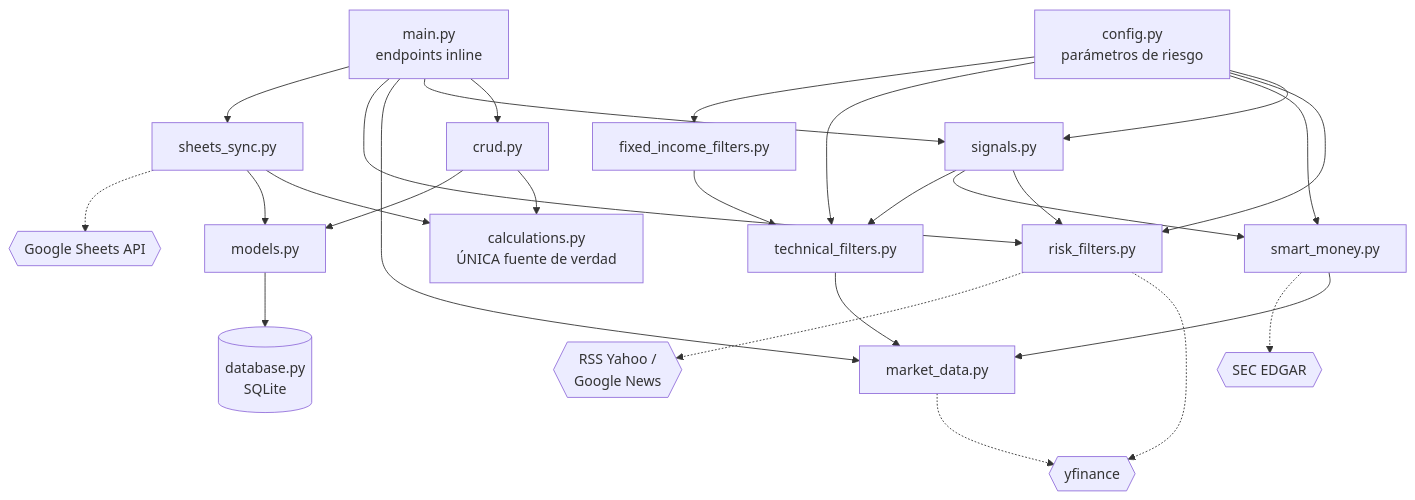
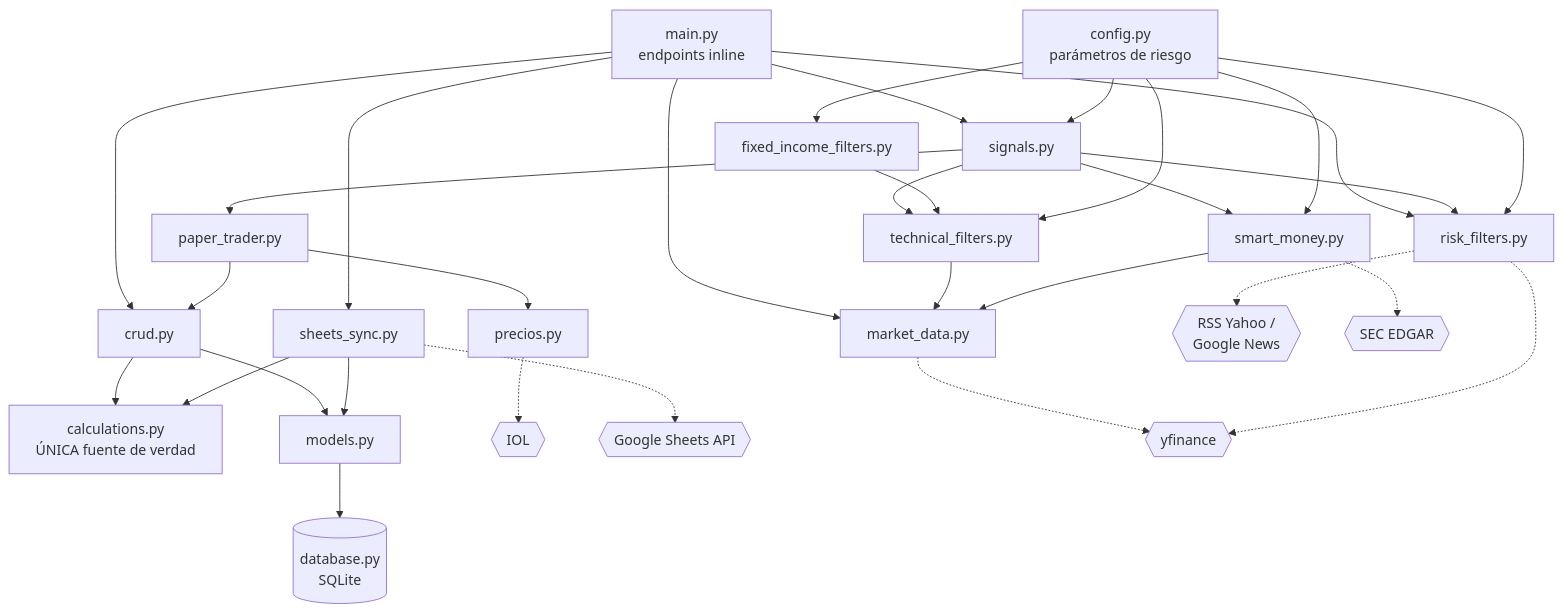
Before and after one commit to ulisao/simuladorinversiones: the first of 2 diagrams in CLAUDE.md, drawn with Mermaid. The commit also changed other lines of this file and 11 other files, not shown here.

````diff
--- a/CLAUDE.md
+++ b/CLAUDE.md
@@ -53,34 +55,38 @@
 ```mermaid
 flowchart TD
     MAIN[main.py<br/>endpoints inline] --> CRUD[crud.py]
     MAIN --> SIG[signals.py]
     MAIN --> MD[market_data.py]
     MAIN --> RF[risk_filters.py]
     MAIN --> SH[sheets_sync.py]
 
     CRUD --> CALC[calculations.py<br/>ÚNICA fuente de verdad]
     CRUD --> MODELS[models.py]
     MODELS --> DB[(database.py<br/>SQLite)]
 
     SIG --> RF
     SIG --> SM[smart_money.py]
     SIG --> TF[technical_filters.py]
+    SIG --> PT[paper_trader.py]
+    PT --> PRE[precios.py]
+    PT --> CRUD
+    PRE -.-> IOL{{IOL}}
 
     TF --> MD
     SM --> MD
     FIF[fixed_income_filters.py] --> TF
 
     CFG[config.py<br/>parámetros de riesgo] --> SIG
     CFG --> RF
     CFG --> SM
     CFG --> TF
     CFG --> FIF
 
     SH --> CALC
     SH --> MODELS
     SH -.-> GS{{Google Sheets API}}
     MD -.-> YF{{yfinance}}
     RF -.-> YF
     RF -.-> FEEDS{{RSS Yahoo /<br/>Google News}}
     SM -.-> SEC{{SEC EDGAR}}
 ```
````
